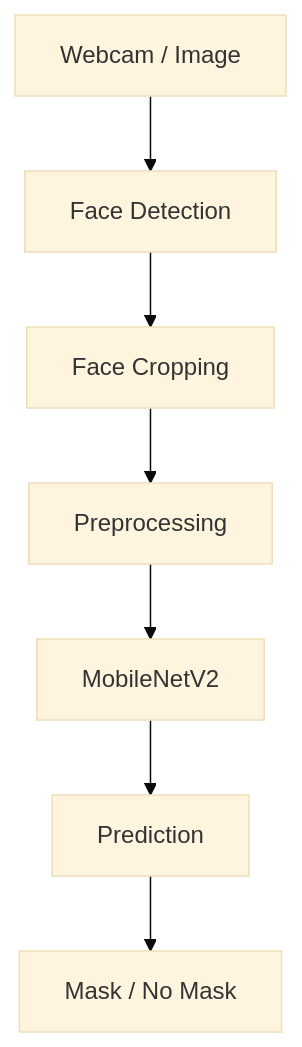
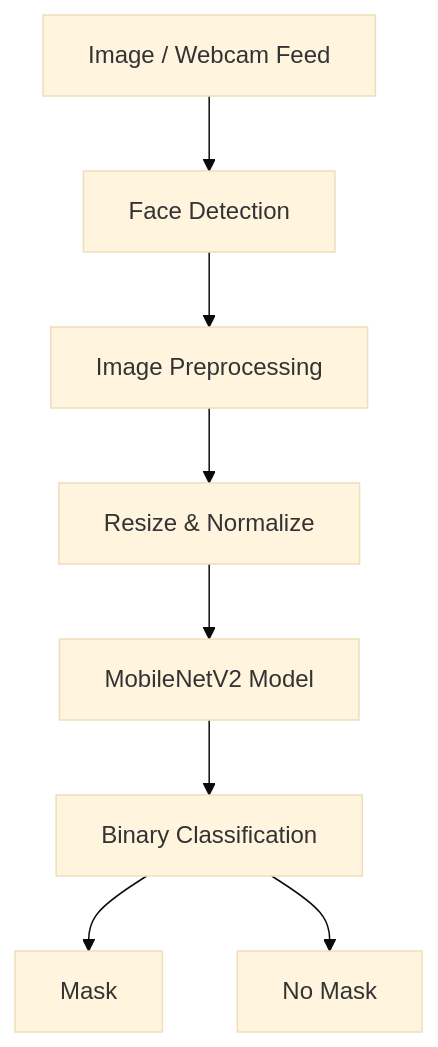
The diagram in README.md (SathvikMunaga/SathvikMunaga-Face-Mask-Detection-AI), drawn with Mermaid (base theme) before and after one commit. The commit also changed other lines of this file, not shown here.

````diff
--- a/README.md
+++ b/README.md
@@ -45,9 +72,16 @@
 ```mermaid
 flowchart TD
-    A[Webcam / Image] --> B[Face Detection]
-    B --> C[Face Cropping]
-    C --> D[Preprocessing]
-    D --> E[MobileNetV2]
-    E --> F[Prediction]
-    F --> G[Mask / No Mask]
+    A[Image / Webcam Feed]
+    --> B[Face Detection]
+
+    B --> C[Image Preprocessing]
+
+    C --> D[Resize & Normalize]
+
+    D --> E[MobileNetV2 Model]
+
+    E --> F[Binary Classification]
+
+    F --> G[Mask]
+    F --> H[No Mask]
 ```
````
